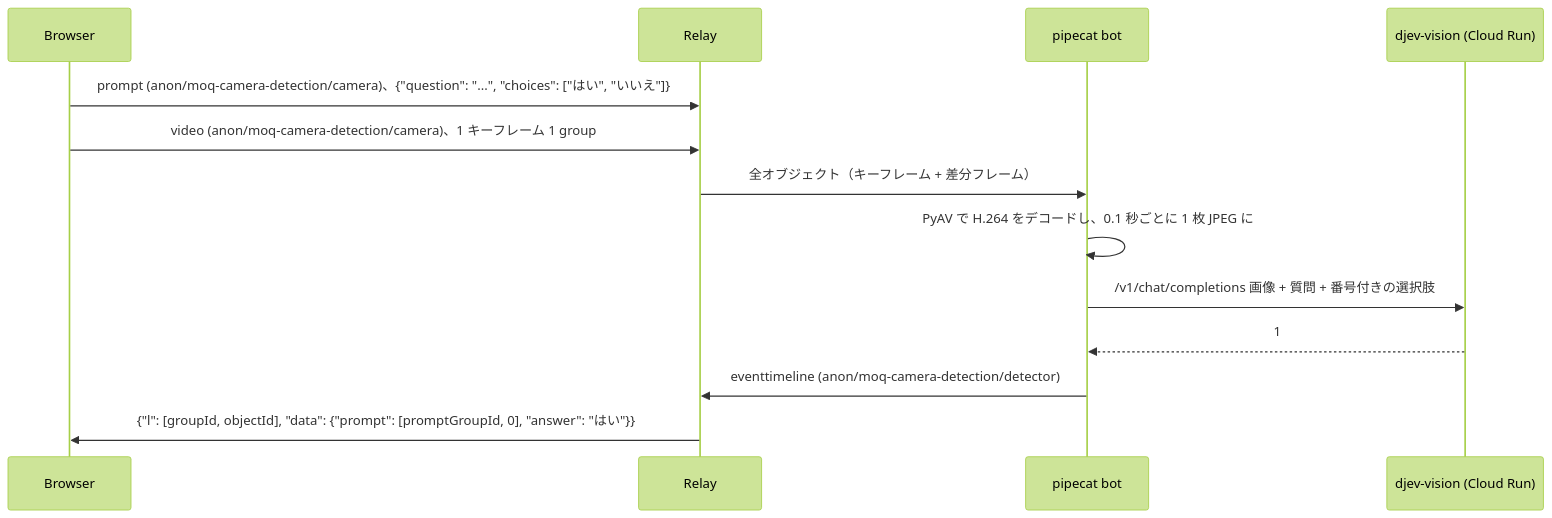
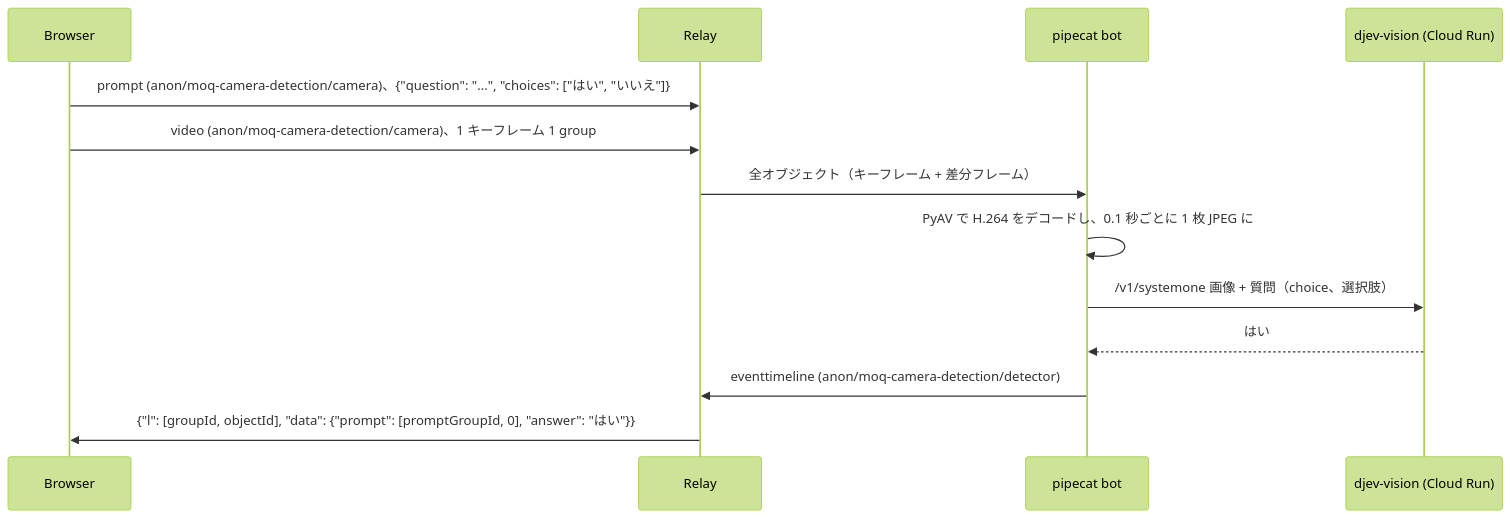
Before and after one commit to nttcom/moq-wasm: the diagram in examples/python/moq-camera-detection/README.md, drawn with Mermaid (forest theme). The commit also changed other lines of this file and 11 other files, not shown here.

````diff
--- a/examples/python/moq-camera-detection/README.md
+++ b/examples/python/moq-camera-detection/README.md
@@ -7,15 +7,15 @@
 ```mermaid
 sequenceDiagram
     participant B as Browser
     participant R as Relay
     participant P as pipecat bot
     participant D as djev-vision (Cloud Run)
     B->>R: prompt (anon/moq-camera-detection/camera)、{"question": "...", "choices": ["はい", "いいえ"]}
     B->>R: video (anon/moq-camera-detection/camera)、1 キーフレーム 1 group
     R->>P: 全オブジェクト（キーフレーム + 差分フレーム）
     P->>P: PyAV で H.264 をデコードし、0.1 秒ごとに 1 枚 JPEG に
-    P->>D: /v1/chat/completions 画像 + 質問 + 番号付きの選択肢
-    D-->>P: 1
+    P->>D: /v1/systemone 画像 + 質問（choice、選択肢）
+    D-->>P: はい
     P->>R: eventtimeline (anon/moq-camera-detection/detector)
     R->>B: {"l": [groupId, objectId], "data": {"prompt": [promptGroupId, 0], "answer": "はい"}}
 ```
````
